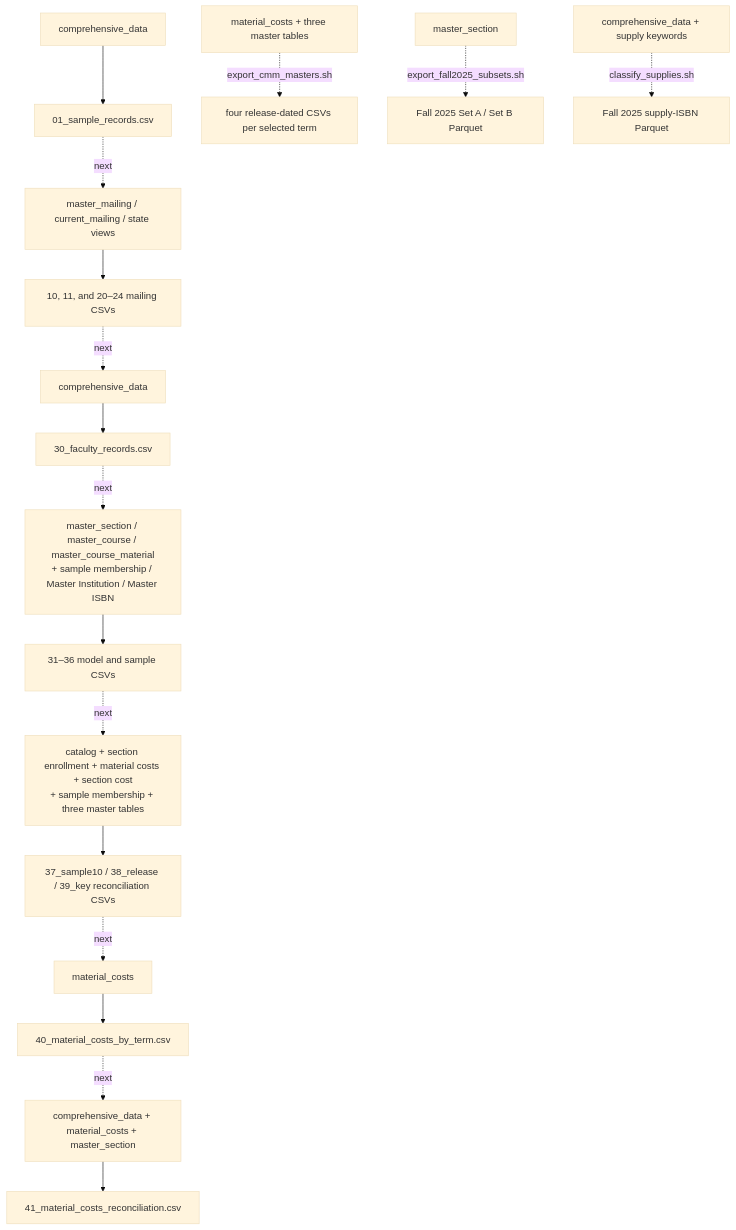
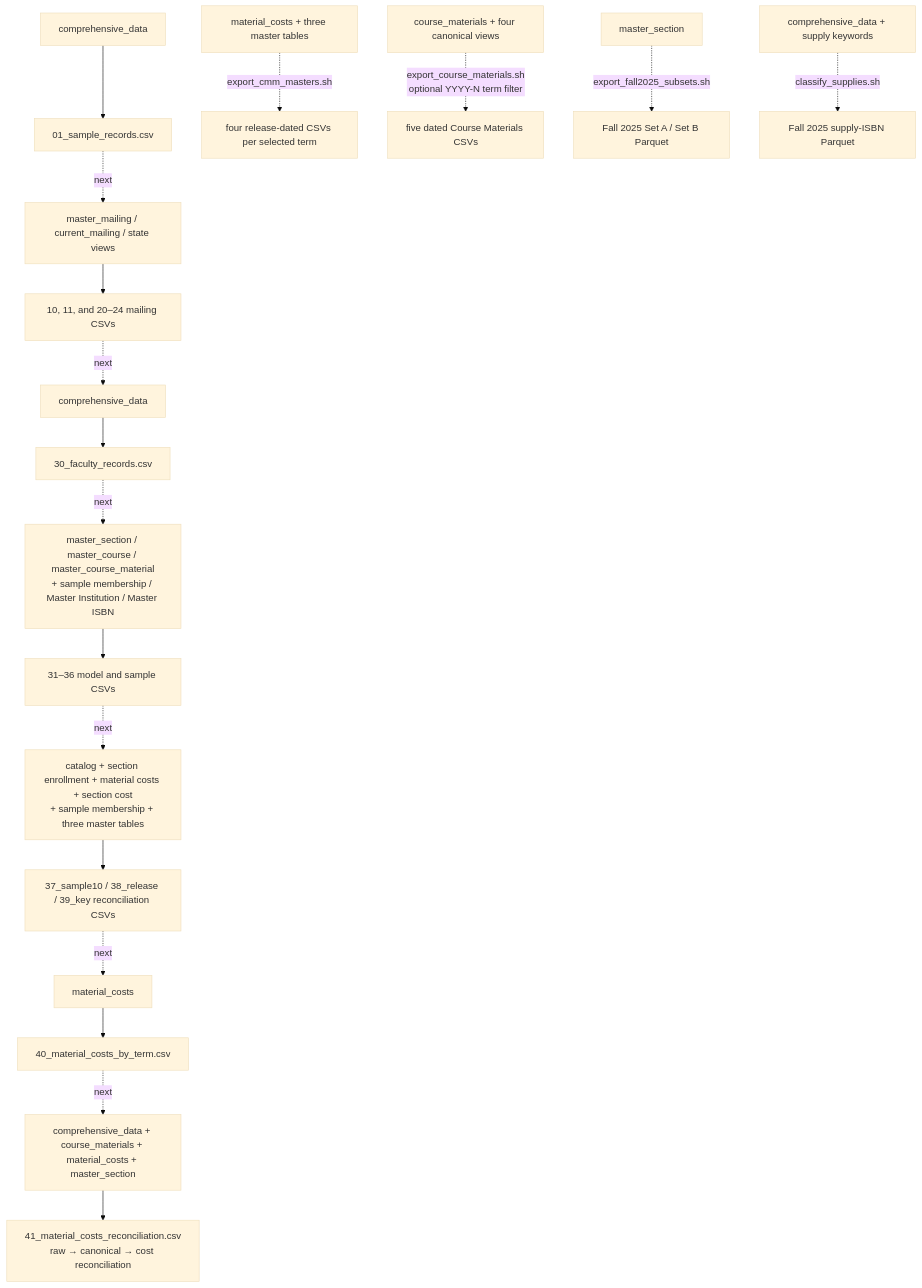
One commit to christopherseaman/commodoreSQL changed the fourth of 4 diagrams in SCHEMA.md. Above: the diagram before and after it, drawn with Mermaid (base theme). The commit also changed other lines of this file and 15 other files, not shown here.

Commit message:
feat: add canonical course materials model

````diff
--- a/SCHEMA.md
+++ b/SCHEMA.md
@@ -289,20 +307,21 @@
 ```mermaid
 flowchart TD
     raw_source["comprehensive_data"] --> raw["01_sample_records.csv"]
     raw -. "next" .-> mail_source["master_mailing / current_mailing / state views"]
     mail_source --> mail["10, 11, and 20–24 mailing CSVs"]
     mail -. "next" .-> faculty_source["comprehensive_data"]
     faculty_source --> faculty["30_faculty_records.csv"]
     faculty -. "next" .-> model_source["master_section / master_course / master_course_material<br/>+ sample membership / Master Institution / Master ISBN"]
     model_source --> model["31–36 model and sample CSVs"]
     model -. "next" .-> core["catalog + section enrollment + material costs + section cost<br/>+ sample membership + three master tables"]
     core --> checks["37_sample10 / 38_release / 39_key reconciliation CSVs"]
     checks -. "next" .-> costs["material_costs"]
     costs --> costs_export["40_material_costs_by_term.csv"]
-    costs_export -. "next" .-> final_source["comprehensive_data + material_costs + master_section"]
-    final_source --> final_check["41_material_costs_reconciliation.csv"]
+    costs_export -. "next" .-> final_source["comprehensive_data + course_materials + material_costs + master_section"]
+    final_source --> final_check["41_material_costs_reconciliation.csv<br/>raw → canonical → cost reconciliation"]
 
     standalone["material_costs + three master tables"] -. "export_cmm_masters.sh" .-> terms["four release-dated CSVs per selected term"]
+    canonical["course_materials + four canonical views"] -. "export_course_materials.sh<br/>optional YYYY-N term filter" .-> canonical_files["five dated Course Materials CSVs"]
     standalone2["master_section"] -. "export_fall2025_subsets.sh" .-> ab["Fall 2025 Set A / Set B Parquet"]
     standalone3["comprehensive_data + supply keywords"] -. "classify_supplies.sh" .-> supply["Fall 2025 supply-ISBN Parquet"]
 ```
````
